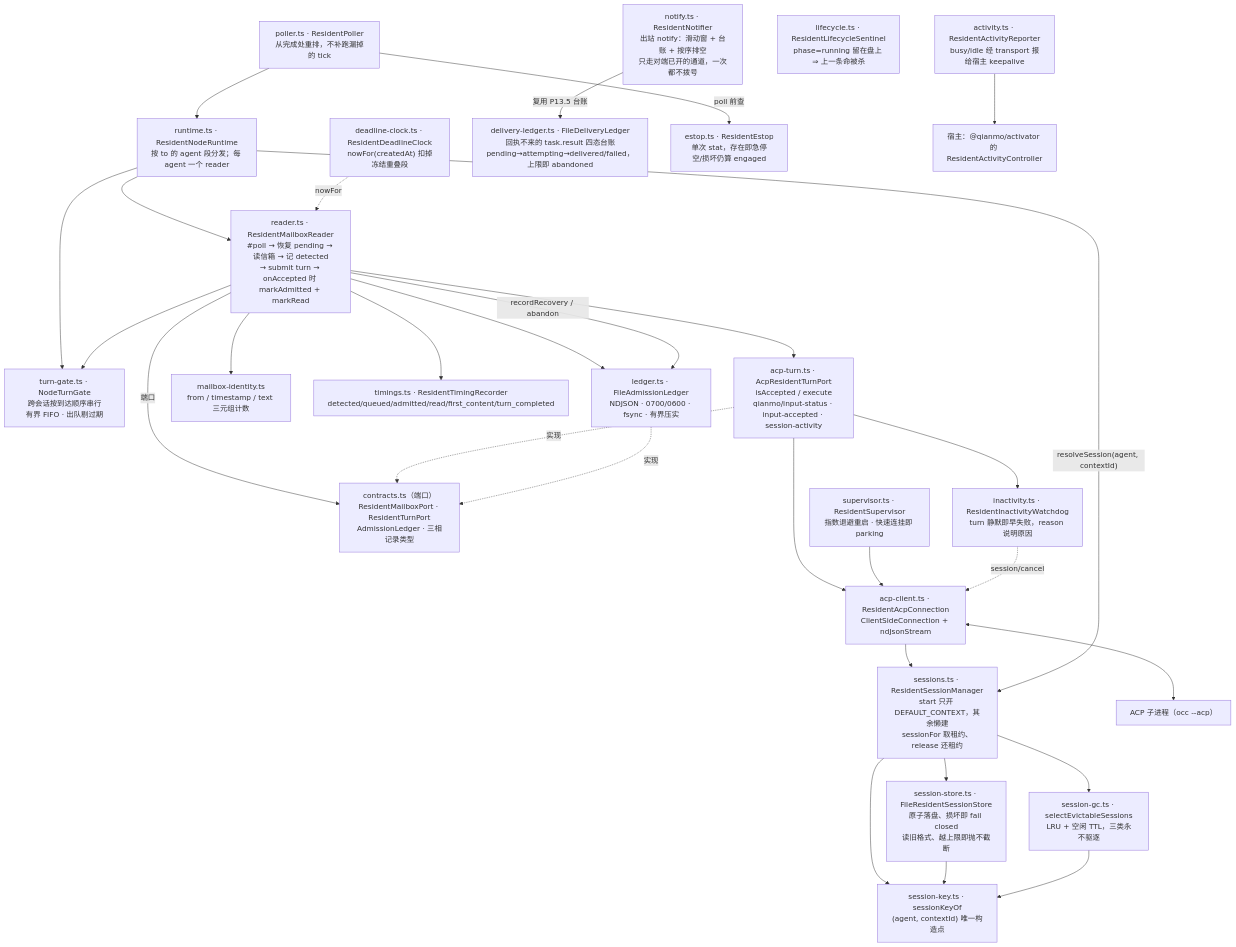
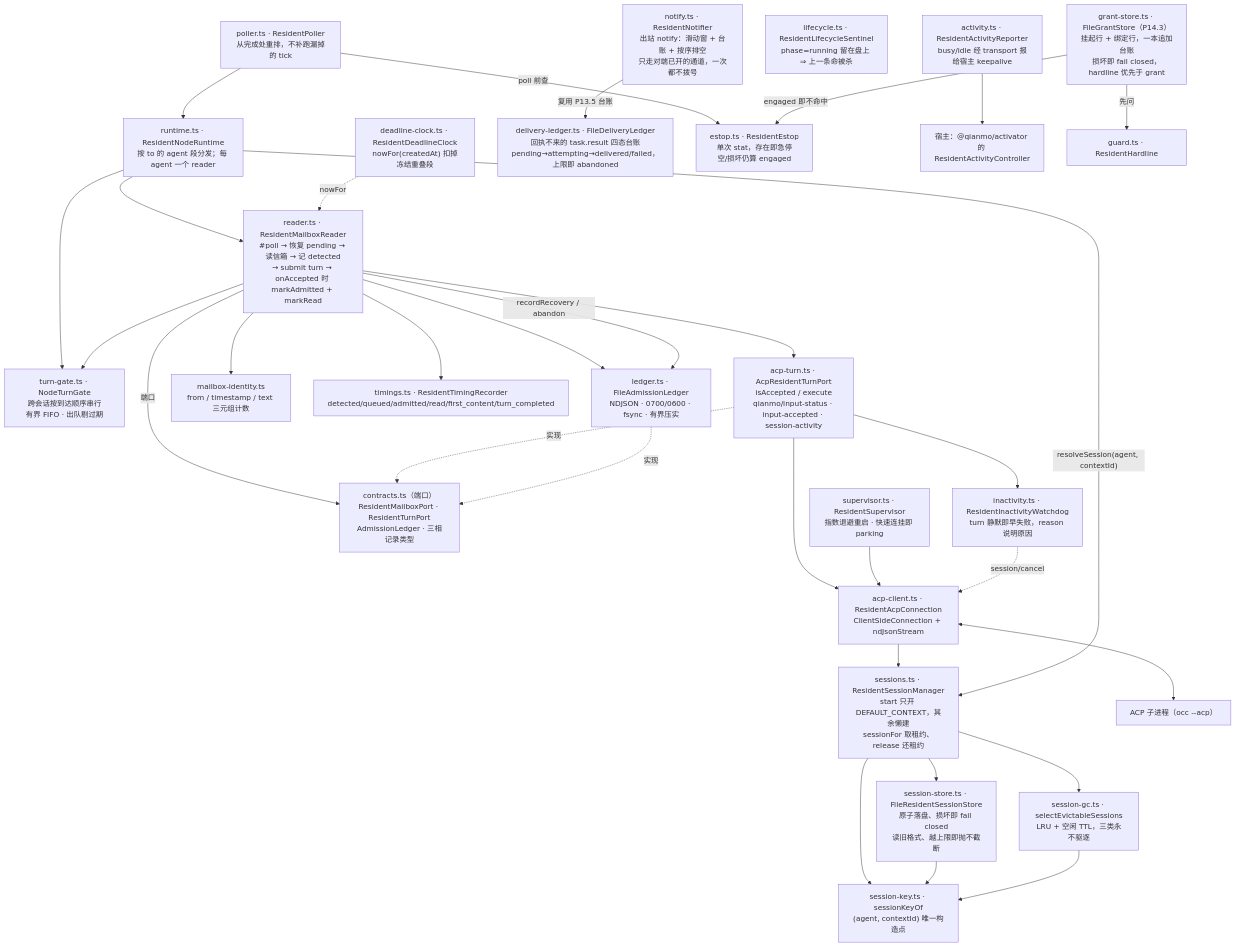
The diagram in packages/resident/README.md (sweetcornna/atlas), drawn with Mermaid before and after one commit. The commit also changed other lines of this file and 7 other files, not shown here.

First line of the commit message:
feat(resident): FileGrantStore 持久化挂起行与 grant 状态机（P14.3）

````diff
--- a/packages/resident/README.md
+++ b/packages/resident/README.md
@@ -17,60 +17,63 @@
 ```mermaid
 flowchart TD
   poller["poller.ts · ResidentPoller<br/>从完成处重排，不补跑漏掉的 tick"]
   runtime["runtime.ts · ResidentNodeRuntime<br/>按 to 的 agent 段分发；每 agent 一个 reader"]
   gate["turn-gate.ts · NodeTurnGate<br/>跨会话按到达顺序串行<br/>有界 FIFO · 出队剔过期"]
   reader["reader.ts · ResidentMailboxReader<br/>#poll → 恢复 pending → 读信箱 → 记 detected<br/>→ submit turn → onAccepted 时 markAdmitted + markRead"]
   ledger["ledger.ts · FileAdmissionLedger<br/>NDJSON · 0700/0600 · fsync · 有界压实"]
   contracts["contracts.ts（端口）<br/>ResidentMailboxPort · ResidentTurnPort<br/>AdmissionLedger · 三相记录类型"]
   identity["mailbox-identity.ts<br/>from / timestamp / text 三元组计数"]
   timings["timings.ts · ResidentTimingRecorder<br/>detected/queued/admitted/read/first_content/turn_completed"]
   deadline["deadline-clock.ts · ResidentDeadlineClock<br/>nowFor(createdAt) 扣掉冻结重叠段"]
 
   turnport["acp-turn.ts · AcpResidentTurnPort<br/>isAccepted / execute<br/>qianmo/input-status · input-accepted · session-activity"]
   client["acp-client.ts · ResidentAcpConnection<br/>ClientSideConnection + ndJsonStream"]
   sessions["sessions.ts · ResidentSessionManager<br/>start 只开 DEFAULT_CONTEXT，其余懒建<br/>sessionFor 取租约、release 还租约"]
   key["session-key.ts · sessionKeyOf<br/>(agent, contextId) 唯一构造点"]
   gc["session-gc.ts · selectEvictableSessions<br/>LRU + 空闲 TTL，三类永不驱逐"]
   store["session-store.ts · FileResidentSessionStore<br/>原子落盘、损坏即 fail closed<br/>读旧格式、越上限即抛不截断"]
   supervisor["supervisor.ts · ResidentSupervisor<br/>指数退避重启 · 快速连挂即 parking"]
   activity["activity.ts · ResidentActivityReporter<br/>busy/idle 经 transport 报给宿主 keepalive"]
 
   delivery["delivery-ledger.ts · FileDeliveryLedger<br/>回执不来的 task.result 四态台账<br/>pending→attempting→delivered/failed，上限即 abandoned"]
   estop["estop.ts · ResidentEstop<br/>单次 stat，存在即急停<br/>空/损坏仍算 engaged"]
   lifecycle["lifecycle.ts · ResidentLifecycleSentinel<br/>phase=running 留在盘上 ⇒ 上一条命被杀"]
   inactivity["inactivity.ts · ResidentInactivityWatchdog<br/>turn 静默即早失败，reason 说明原因"]
   notify["notify.ts · ResidentNotifier<br/>出站 notify：滑动窗 + 台账 + 按序排空<br/>只走对端已开的通道，一次都不拨号"]
+  grants["grant-store.ts · FileGrantStore（P14.3）<br/>挂起行 + 绑定行，一本追加台账<br/>损坏即 fail closed，hardline 优先于 grant"]
 
   acp["ACP 子进程（occ --acp）"]
   host["宿主：@qianmo/activator 的 ResidentActivityController"]
 
   poller --> runtime
   runtime --> reader
   runtime --> gate
   reader --> gate
   reader --> ledger
   reader --> identity
   reader --> timings
   reader -->|端口| contracts
   turnport -.->|"实现"| contracts
   ledger -.->|"实现"| contracts
   reader --> turnport
   turnport --> client
   client --> sessions
   sessions --> store
   sessions --> key
   sessions --> gc
   store --> key
   gc --> key
   runtime -->|"resolveSession(agent, contextId)"| sessions
   supervisor --> client
   client <--> acp
   activity --> host
   deadline -.->|"nowFor"| reader
 
   poller -->|"poll 前查"| estop
   reader -->|"recordRecovery / abandon"| ledger
   turnport --> inactivity
   inactivity -.->|"session/cancel"| client
   notify -->|"复用 P13.5 台账"| delivery
+  grants -->|"先问"| hardline["guard.ts · ResidentHardline"]
+  grants -->|"engaged 即不命中"| estop
 ```
````
